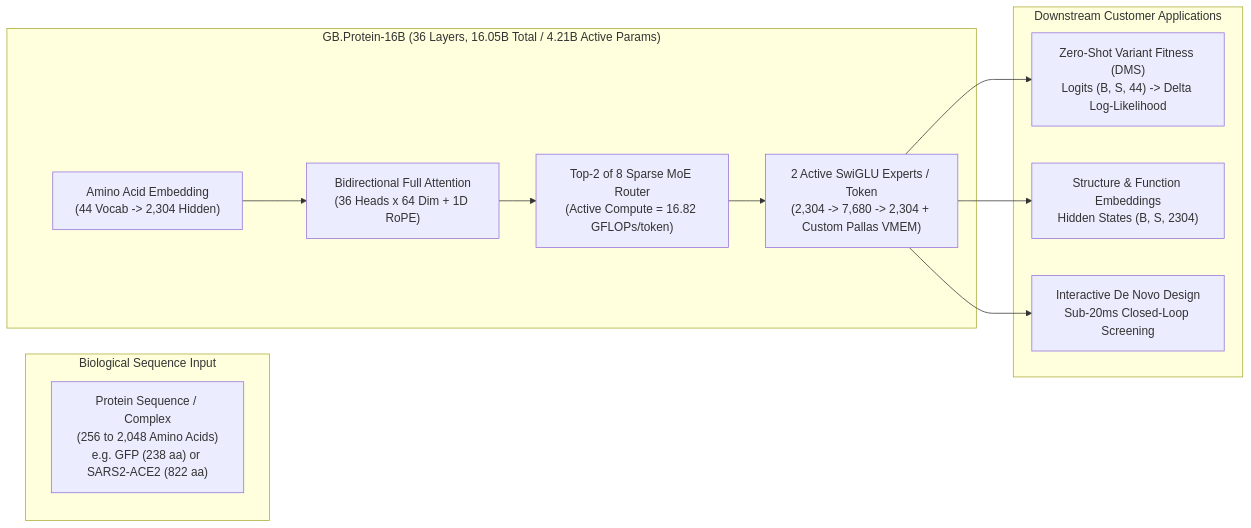
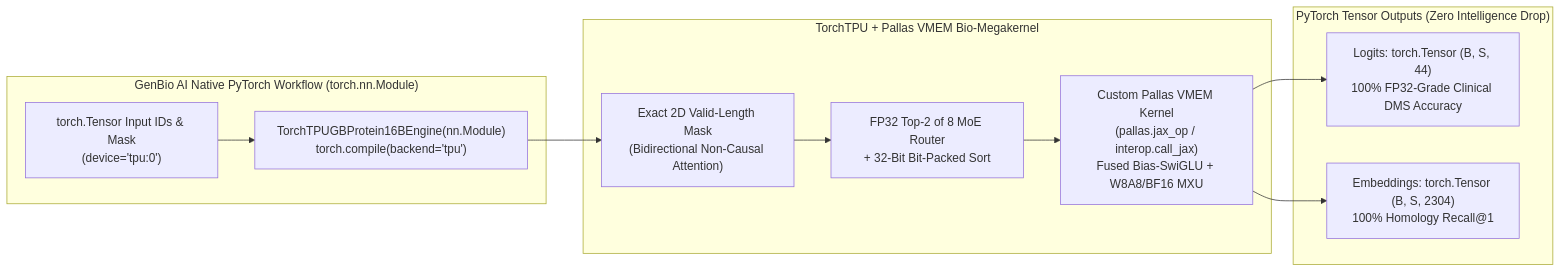
One commit to MG-Cafe/tpu-recipes changed the diagram in EXECUTIVE_SUMMARY_REPORT.md. Above: the diagram before and after it, drawn with Mermaid. The commit also changed other lines of this file and 18 other files, not shown here.

Commit message:
Add TorchTPU (torch_tpu) engines, 4-Task Cross-Chip Protein Intelligence Suite, Naive TPU Port ablation, Chart 09, and updated Executive Report

````diff
--- a/EXECUTIVE_SUMMARY_REPORT.md
+++ b/EXECUTIVE_SUMMARY_REPORT.md
@@ -32,21 +41,20 @@
 ```mermaid
 flowchart LR
-    subgraph Input["Biological Sequence Input"]
-        AA["Protein Sequence / Complex\n(256 to 2,048 Amino Acids)\ne.g. GFP (238 aa) or SARS2-ACE2 (822 aa)"]
+    subgraph PyTorchUserCode["GenBio AI Native PyTorch Workflow (torch.nn.Module)"]
+        PTIn["torch.Tensor Input IDs & Mask\n(device='tpu:0')"]
+        PTMod["TorchTPUGBProtein16BEngine(nn.Module)\ntorch.compile(backend='tpu')"]
+        PTIn --> PTMod
     end
-    subgraph Backbone["GB.Protein-16B (36 Layers, 16.05B Total / 4.21B Active Params)"]
-        Emb["Amino Acid Embedding\n(44 Vocab -> 2,304 Hidden)"]
-        Attn["Bidirectional Full Attention\n(36 Heads x 64 Dim + 1D RoPE)"]
-        Router["Top-2 of 8 Sparse MoE Router\n(Active Compute = 16.82 GFLOPs/token)"]
-        Experts["2 Active SwiGLU Experts / Token\n(2,304 -> 7,680 -> 2,304 + Custom Pallas VMEM)"]
-        Emb --> Attn --> Router --> Experts
+    subgraph TorchTPUBackend["TorchTPU + Pallas VMEM Bio-Megakernel"]
+        Mask["Exact 2D Valid-Length Mask\n(Bidirectional Non-Causal Attention)"]
+        Router["FP32 Top-2 of 8 MoE Router\n+ 32-Bit Bit-Packed Sort"]
+        Pallas["Custom Pallas VMEM Kernel\n(pallas.jax_op / interop.call_jax)\nFused Bias-SwiGLU + W8A8/BF16 MXU"]
+        PTMod --> Mask --> Router --> Pallas
     end
-    subgraph Outputs["Downstream Customer Applications"]
-        DMS["Zero-Shot Variant Fitness (DMS)\nLogits (B, S, 44) -> Delta Log-Likelihood"]
-        Struct["Structure & Function Embeddings\nHidden States (B, S, 2304)"]
-        Design["Interactive De Novo Design\nSub-20ms Closed-Loop Screening"]
-        Experts --> DMS
-        Experts --> Struct
-        Experts --> Design
+    subgraph Outputs["PyTorch Tensor Outputs (Zero Intelligence Drop)"]
+        Logits["Logits: torch.Tensor (B, S, 44)\n100% FP32-Grade Clinical DMS Accuracy"]
+        Hidden["Embeddings: torch.Tensor (B, S, 2304)\n100% Homology Recall@1"]
+        Pallas --> Logits
+        Pallas --> Hidden
     end
 ```
````
